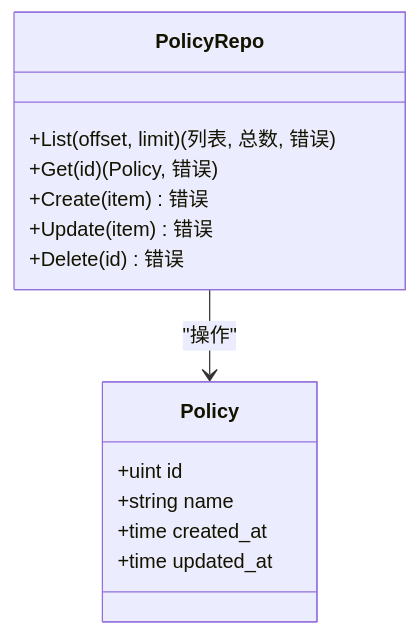
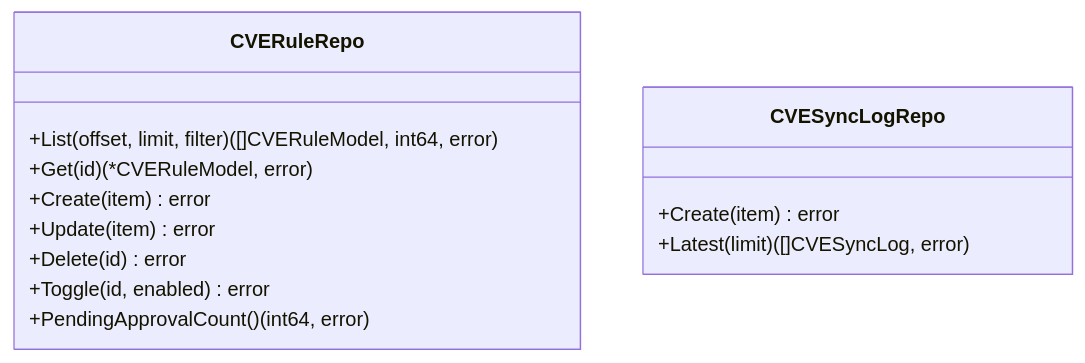
The fourth of 7 diagrams in docs/数据存储层/数据访问层设计.md (x01n/My-OpenWaf), drawn with Mermaid before and after one commit. The commit also changed other lines of this file and 199 other files, not shown here.

````diff
--- a/docs/数据存储层/数据访问层设计.md
+++ b/docs/数据存储层/数据访问层设计.md
@@ -286,17 +183,16 @@
 ```mermaid
 classDiagram
-class PolicyRepo {
-+List(offset, limit) (列表, 总数, 错误)
-+Get(id) (Policy, 错误)
-+Create(item) 错误
-+Update(item) 错误
-+Delete(id) 错误
+class CVERuleRepo {
++List(offset, limit, filter) ([]CVERuleModel, int64, error)
++Get(id) (*CVERuleModel, error)
++Create(item) error
++Update(item) error
++Delete(id) error
++Toggle(id, enabled) error
++PendingApprovalCount() (int64, error)
 }
-class Policy {
-+uint id
-+string name
-+time created_at
-+time updated_at
+class CVESyncLogRepo {
++Create(item) error
++Latest(limit) ([]CVESyncLog, error)
 }
-PolicyRepo --> Policy : "操作"
 ```
````
